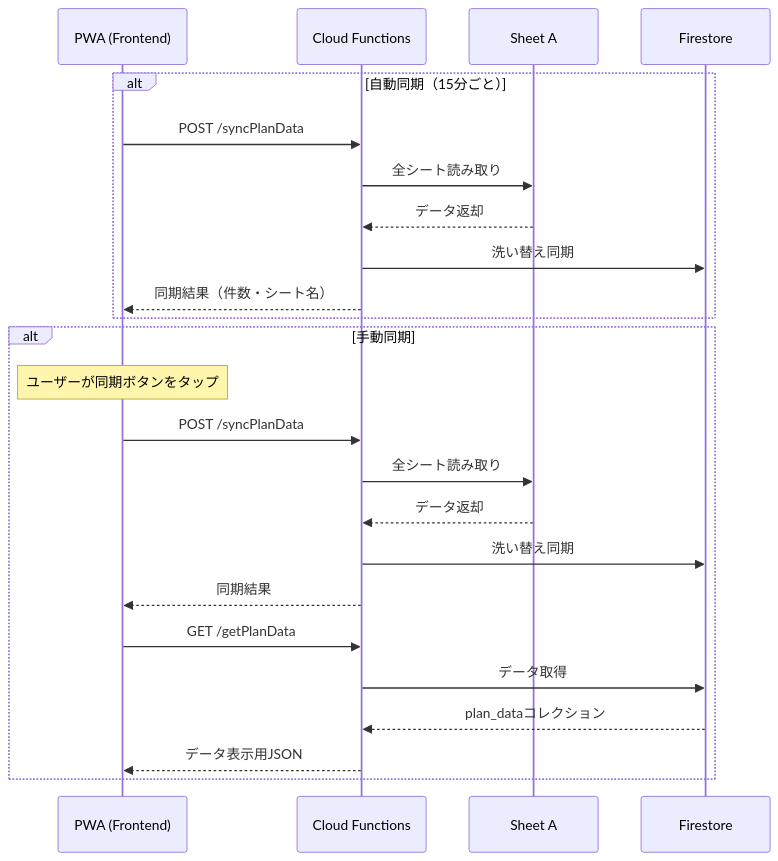
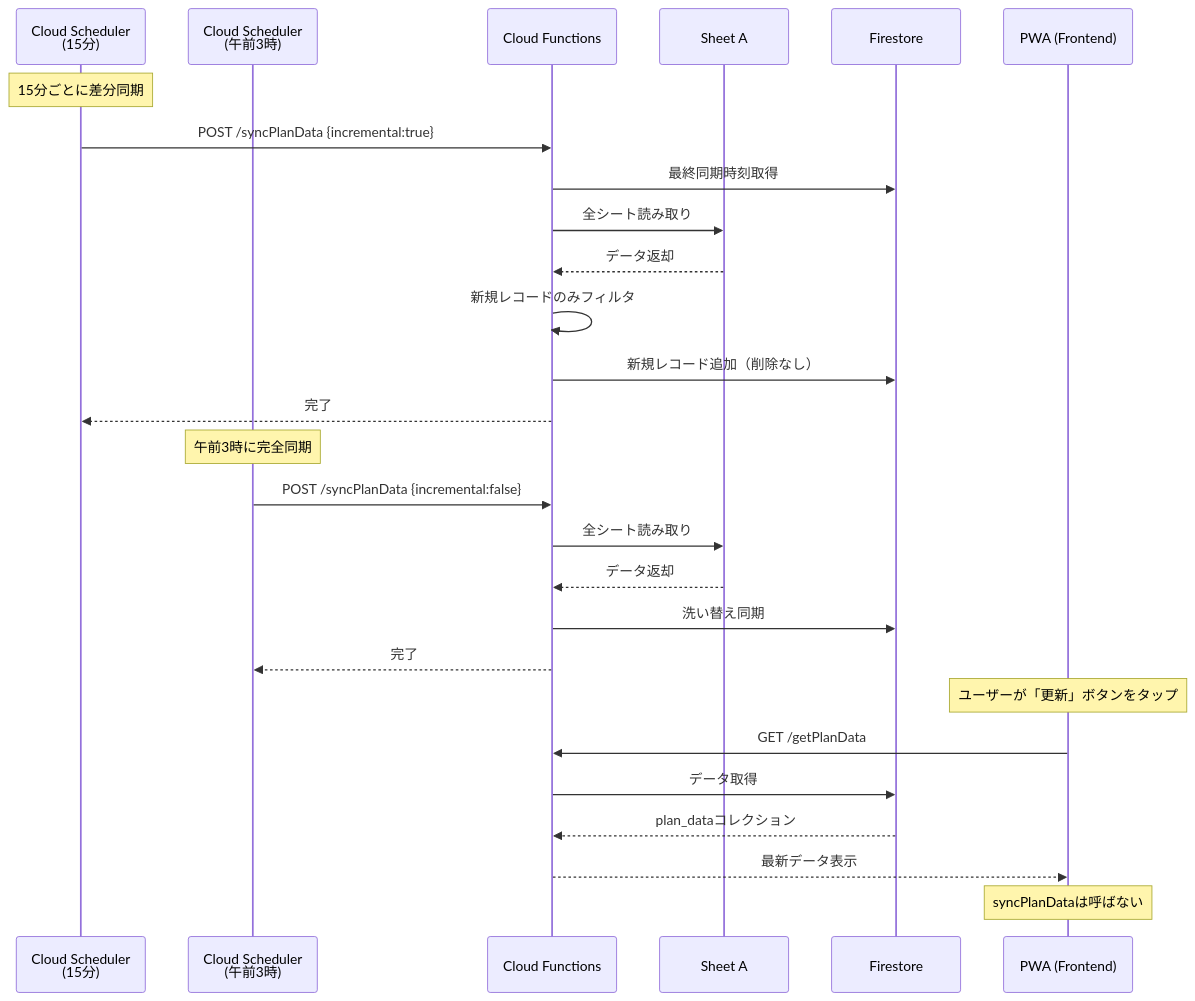
Before and after one commit to yasushihonda-acg/facility-care-input-form: the diagram in docs/DEMO_PWA_SPEC.md, drawn with Mermaid. The commit also changed other lines of this file and 10 other files, not shown here.

````diff
--- a/docs/DEMO_PWA_SPEC.md
+++ b/docs/DEMO_PWA_SPEC.md
@@ -48,28 +58,32 @@
 ```mermaid
 sequenceDiagram
-    participant PWA as PWA (Frontend)
+    participant CS15 as Cloud Scheduler<br/>(15分)
+    participant CS3 as Cloud Scheduler<br/>(午前3時)
     participant CF as Cloud Functions
     participant SA as Sheet A
     participant FS as Firestore
+    participant PWA as PWA (Frontend)
 
-    alt 自動同期（15分ごと）
-        PWA->>CF: POST /syncPlanData
-        CF->>SA: 全シート読み取り
-        SA-->>CF: データ返却
-        CF->>FS: 洗い替え同期
-        CF-->>PWA: 同期結果（件数・シート名）
-    end
+    Note over CS15: 15分ごとに差分同期
+    CS15->>CF: POST /syncPlanData {incremental:true}
+    CF->>FS: 最終同期時刻取得
+    CF->>SA: 全シート読み取り
+    SA-->>CF: データ返却
+    CF->>CF: 新規レコードのみフィルタ
+    CF->>FS: 新規レコード追加（削除なし）
+    CF-->>CS15: 完了
 
-    alt 手動同期
-        Note over PWA: ユーザーが同期ボタンをタップ
-        PWA->>CF: POST /syncPlanData
-        CF->>SA: 全シート読み取り
-        SA-->>CF: データ返却
-        CF->>FS: 洗い替え同期
-        CF-->>PWA: 同期結果
-        PWA->>CF: GET /getPlanData
-        CF->>FS: データ取得
-        FS-->>CF: plan_dataコレクション
-        CF-->>PWA: データ表示用JSON
-    end
+    Note over CS3: 午前3時に完全同期
+    CS3->>CF: POST /syncPlanData {incremental:false}
+    CF->>SA: 全シート読み取り
+    SA-->>CF: データ返却
+    CF->>FS: 洗い替え同期
+    CF-->>CS3: 完了
+
+    Note over PWA: ユーザーが「更新」ボタンをタップ
+    PWA->>CF: GET /getPlanData
+    CF->>FS: データ取得
+    FS-->>CF: plan_dataコレクション
+    CF-->>PWA: 最新データ表示
+    Note over PWA: syncPlanDataは呼ばない
 ```
````
